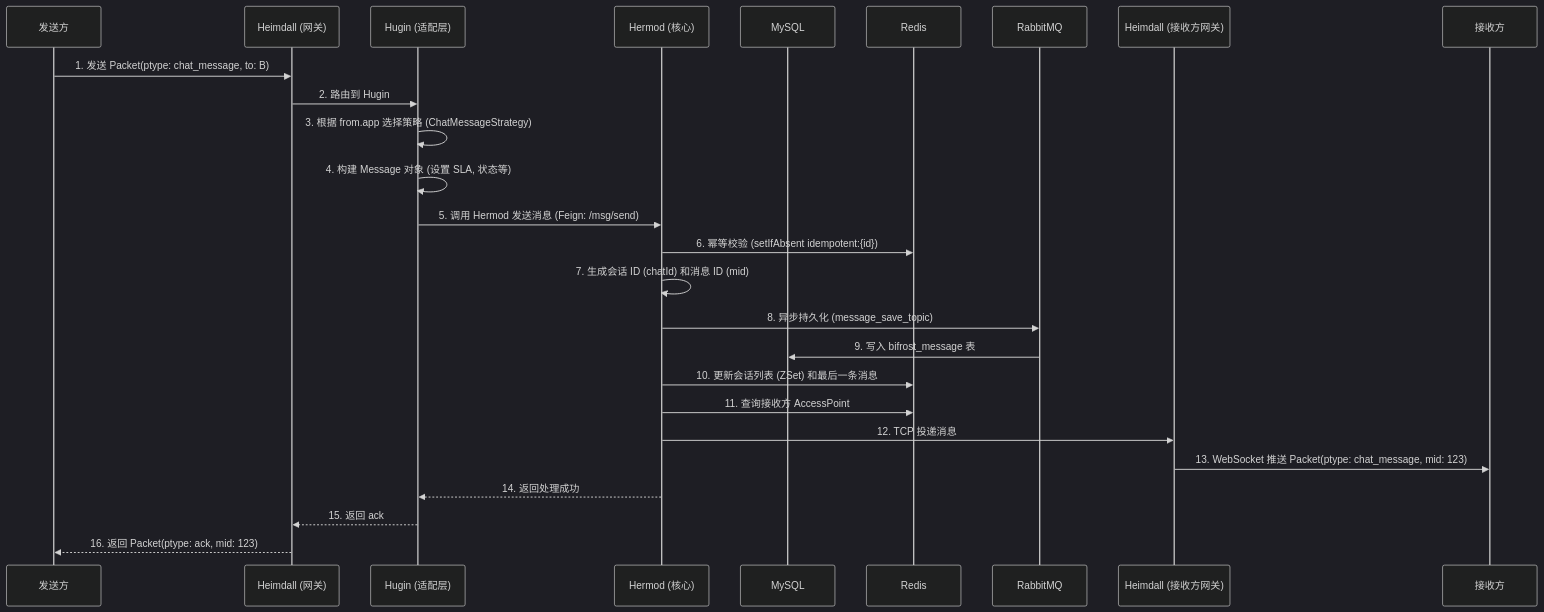
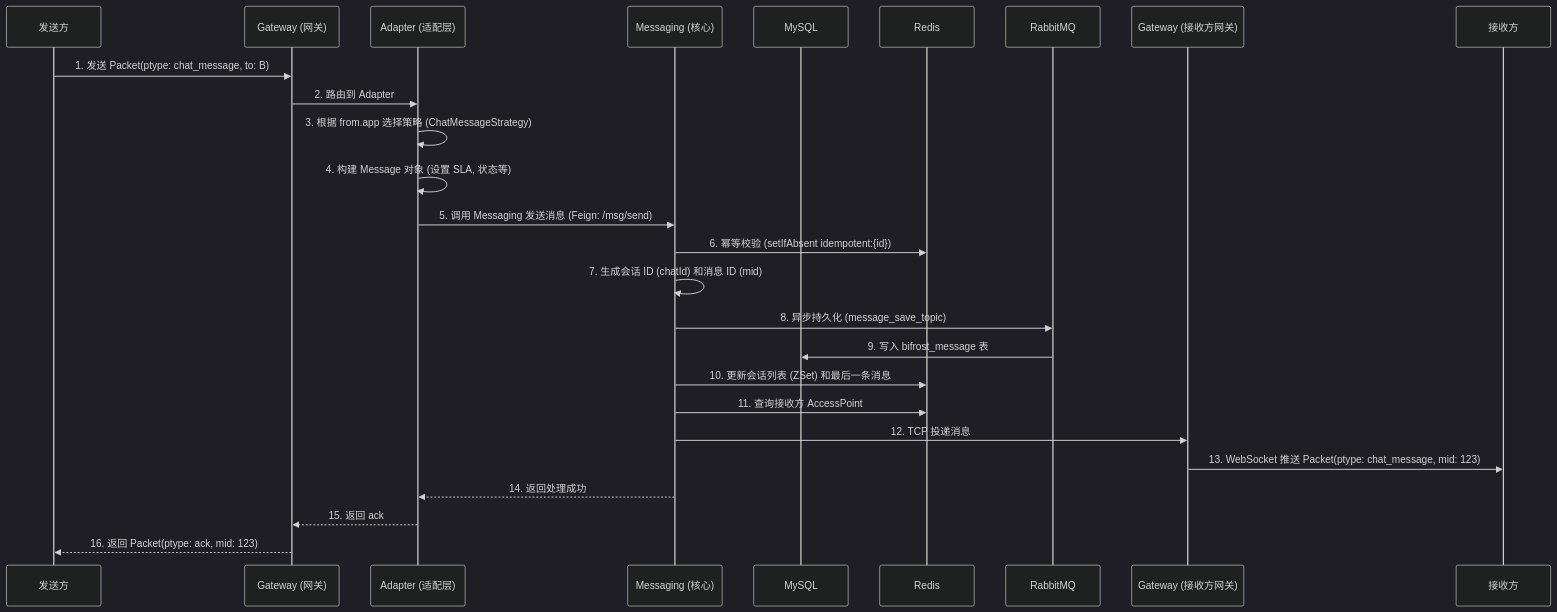
Before and after one commit to givingwu/bifrost-chat: the fourth of 13 diagrams in specs/bifrost-client-integration-guide.md, drawn with Mermaid (dark theme). The commit also changed other lines of this file and 53 other files, not shown here.

````diff
--- a/specs/bifrost-client-integration-guide.md
+++ b/specs/bifrost-client-integration-guide.md
@@ -840,29 +840,29 @@
 ```mermaid
 sequenceDiagram
     participant CA as 发送方
-    participant H1 as Heimdall (网关)
-    participant HG as Hugin (适配层)
-    participant HM as Hermod (核心)
+    participant H1 as Gateway (网关)
+    participant HG as Adapter (适配层)
+    participant HM as Messaging (核心)
     participant DB as MySQL
     participant R as Redis
     participant MQ as RabbitMQ
-    participant H2 as Heimdall (接收方网关)
+    participant H2 as Gateway (接收方网关)
     participant CB as 接收方
 
     CA->>H1: 1. 发送 Packet(ptype: chat_message, to: B)
-    H1->>HG: 2. 路由到 Hugin
+    H1->>HG: 2. 路由到 Adapter
     HG->>HG: 3. 根据 from.app 选择策略 (ChatMessageStrategy)
     HG->>HG: 4. 构建 Message 对象 (设置 SLA, 状态等)
-    HG->>HM: 5. 调用 Hermod 发送消息 (Feign: /msg/send)
+    HG->>HM: 5. 调用 Messaging 发送消息 (Feign: /msg/send)
     HM->>R: 6. 幂等校验 (setIfAbsent idempotent:{id})
     HM->>HM: 7. 生成会话 ID (chatId) 和消息 ID (mid)
     HM->>MQ: 8. 异步持久化 (message_save_topic)
     MQ->>DB: 9. 写入 bifrost_message 表
     HM->>R: 10. 更新会话列表 (ZSet) 和最后一条消息
     HM->>R: 11. 查询接收方 AccessPoint
     HM->>H2: 12. TCP 投递消息
     H2->>CB: 13. WebSocket 推送 Packet(ptype: chat_message, mid: 123)
     HM-->>HG: 14. 返回处理成功
     HG-->>H1: 15. 返回 ack
     H1-->>CA: 16. 返回 Packet(ptype: ack, mid: 123)
 ```
````
